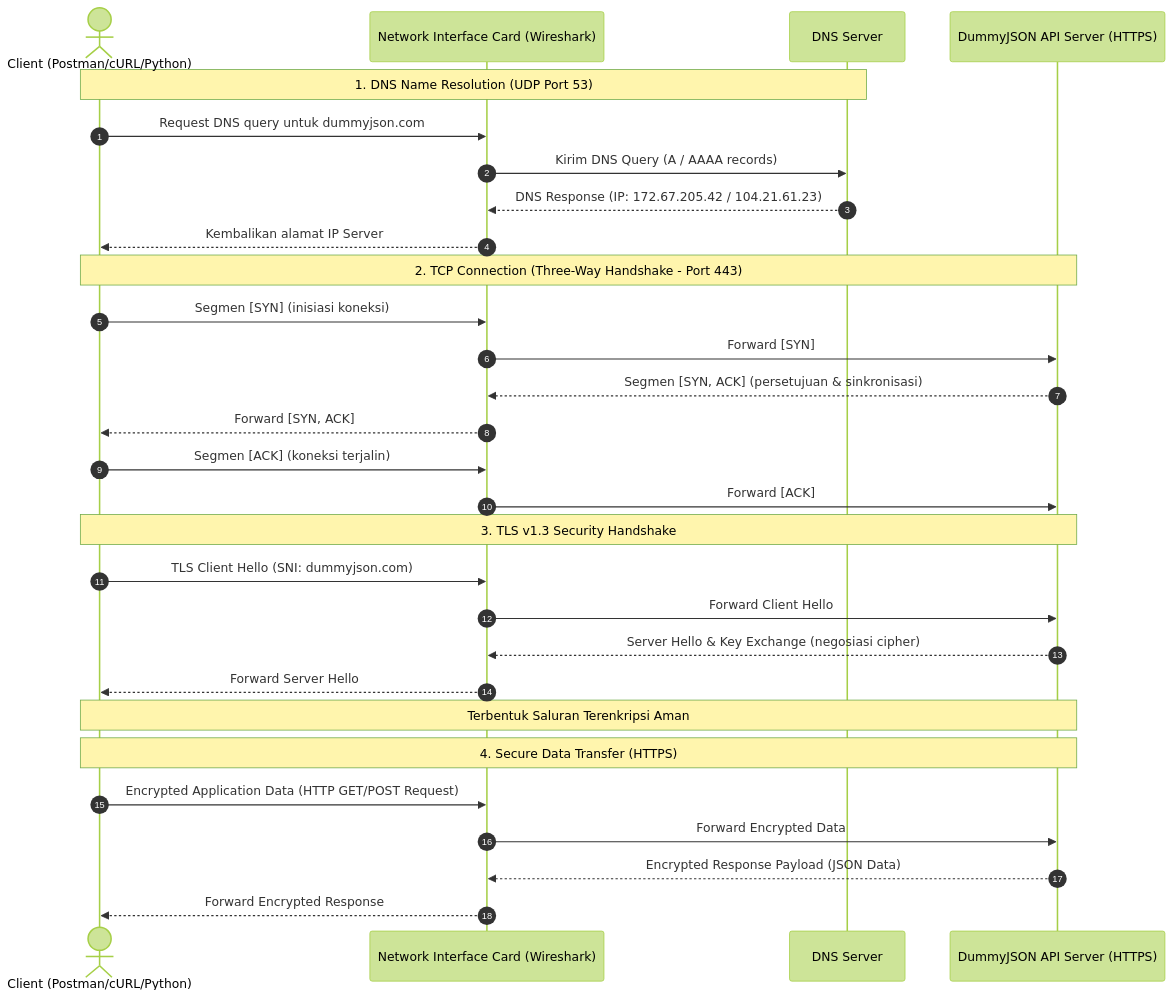
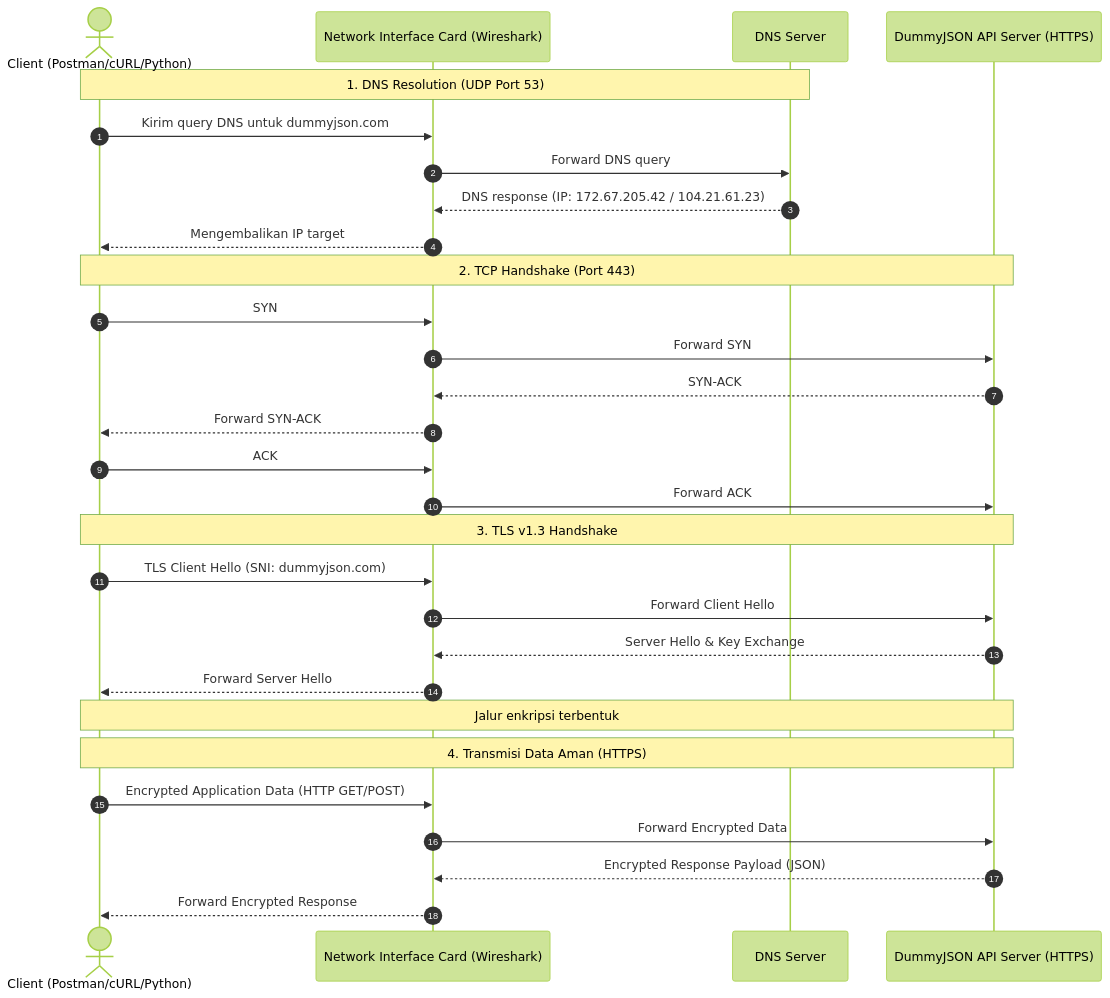
Before and after one commit to tiarapramadhan/UTS-Communication-Protocol-Kelompok-04: the diagram in README.md, drawn with Mermaid (forest theme). The commit also changed other lines of this file, not shown here.

````diff
--- a/README.md
+++ b/README.md
@@ -26,35 +24,35 @@
 ```mermaid
 sequenceDiagram
     autonumber
     actor Client as Client (Postman/cURL/Python)
     participant NIC as Network Interface Card (Wireshark)
     participant DNS as DNS Server
     participant Server as DummyJSON API Server (HTTPS)
 
-    Note over Client, DNS: 1. DNS Name Resolution (UDP Port 53)
-    Client->>NIC: Request DNS query untuk dummyjson.com
-    NIC->>DNS: Kirim DNS Query (A / AAAA records)
-    DNS-->>NIC: DNS Response (IP: 172.67.205.42 / 104.21.61.23)
-    NIC-->>Client: Kembalikan alamat IP Server
+    Note over Client, DNS: 1. DNS Resolution (UDP Port 53)
+    Client->>NIC: Kirim query DNS untuk dummyjson.com
+    NIC->>DNS: Forward DNS query
+    DNS-->>NIC: DNS response (IP: 172.67.205.42 / 104.21.61.23)
+    NIC-->>Client: Mengembalikan IP target
 
-    Note over Client, Server: 2. TCP Connection (Three-Way Handshake - Port 443)
-    Client->>NIC: Segmen [SYN] (inisiasi koneksi)
-    NIC->>Server: Forward [SYN]
-    Server-->>NIC: Segmen [SYN, ACK] (persetujuan & sinkronisasi)
-    NIC-->>Client: Forward [SYN, ACK]
-    Client->>NIC: Segmen [ACK] (koneksi terjalin)
-    NIC->>Server: Forward [ACK]
+    Note over Client, Server: 2. TCP Handshake (Port 443)
+    Client->>NIC: SYN
+    NIC->>Server: Forward SYN
+    Server-->>NIC: SYN-ACK
+    NIC-->>Client: Forward SYN-ACK
+    Client->>NIC: ACK
+    NIC->>Server: Forward ACK
 
-    Note over Client, Server: 3. TLS v1.3 Security Handshake
+    Note over Client, Server: 3. TLS v1.3 Handshake
     Client->>NIC: TLS Client Hello (SNI: dummyjson.com)
     NIC->>Server: Forward Client Hello
-    Server-->>NIC: Server Hello & Key Exchange (negosiasi cipher)
+    Server-->>NIC: Server Hello & Key Exchange
     NIC-->>Client: Forward Server Hello
-    Note over Client, Server: Terbentuk Saluran Terenkripsi Aman
+    Note over Client, Server: Jalur enkripsi terbentuk
 
-    Note over Client, Server: 4. Secure Data Transfer (HTTPS)
-    Client->>NIC: Encrypted Application Data (HTTP GET/POST Request)
+    Note over Client, Server: 4. Transmisi Data Aman (HTTPS)
+    Client->>NIC: Encrypted Application Data (HTTP GET/POST)
     NIC->>Server: Forward Encrypted Data
-    Server-->>NIC: Encrypted Response Payload (JSON Data)
+    Server-->>NIC: Encrypted Response Payload (JSON)
     NIC-->>Client: Forward Encrypted Response
 ```
````
